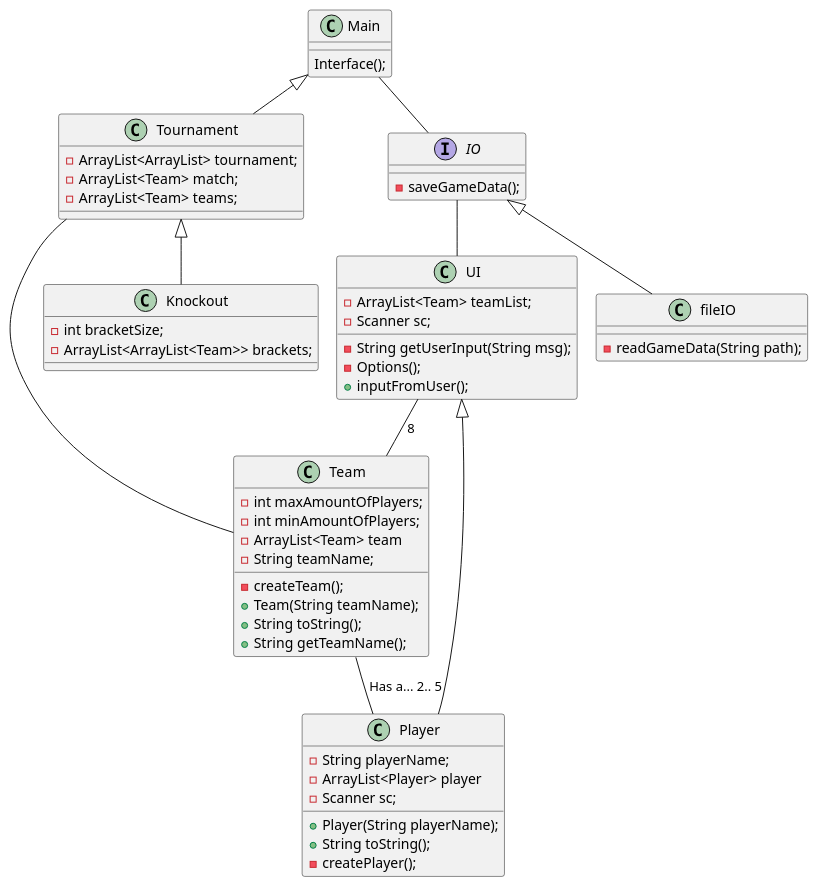
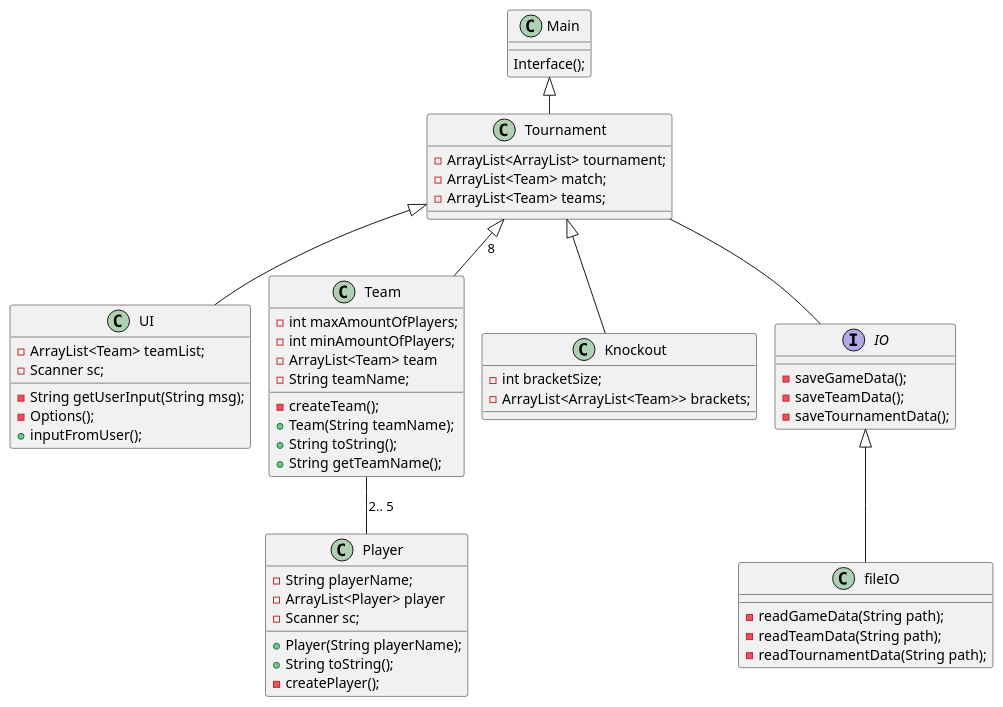
One commit to AbdullahMarwan/-CPH-SP3-BordTennisTurnering changed the diagram in src/PlantUML/Class Diagram.puml. Above: the diagram before and after it, drawn with PlantUML.

Commit message:
Finished Class Diagram

```diff
--- a/src/PlantUML/Class Diagram.puml
+++ b/src/PlantUML/Class Diagram.puml
@@ -1,76 +1,82 @@
 @startuml
 !pragma layout smetana
 
 class Main {
     Interface();
 }
 
 class UI {
     - ArrayList<Team> teamList;
     - String getUserInput(String msg);
     - Scanner sc;
     - Options();
     + inputFromUser();
 
 }
 
 class Player {
     - String playerName;
     + Player(String playerName);
     - ArrayList<Player> player
     - Scanner sc;
     + String toString();
     - createPlayer();
 
 }
 
 class Team {
     - int maxAmountOfPlayers;
     - int minAmountOfPlayers;
     - ArrayList<Team> team
     - createTeam();
     - String teamName;
     + Team(String teamName);
     + String toString();
     + String getTeamName();
 
 }
 
 class Knockout {
     - int bracketSize;
     - ArrayList<ArrayList<Team>> brackets;
 
 }
 
 class Tournament {
     - ArrayList<ArrayList> tournament;
     - ArrayList<Team> match;
     - ArrayList<Team> teams;
 
 }
 
 
 interface IO {
     - saveGameData();
+    - saveTeamData();
+    - saveTournamentData();
+
 }
 
 class fileIO {
     - readGameData(String path);
+    - readTeamData(String path);
+    - readTournamentData(String path);
 }
 
 
-Main -- IO
-Team --Player : Has a... 2.. 5
+
+Team --Player : 2.. 5
 
 IO <|-- fileIO
-IO -- UI
+Tournament -- IO
 
-Tournament -- Team
+Tournament <|-- Team : 8
 Tournament <|-- Knockout
+Tournament <|-- UI
 Main <|-- Tournament
 
-UI <|-- Player
-UI -- Team : 8
+
+
 
 
 @enduml
```
